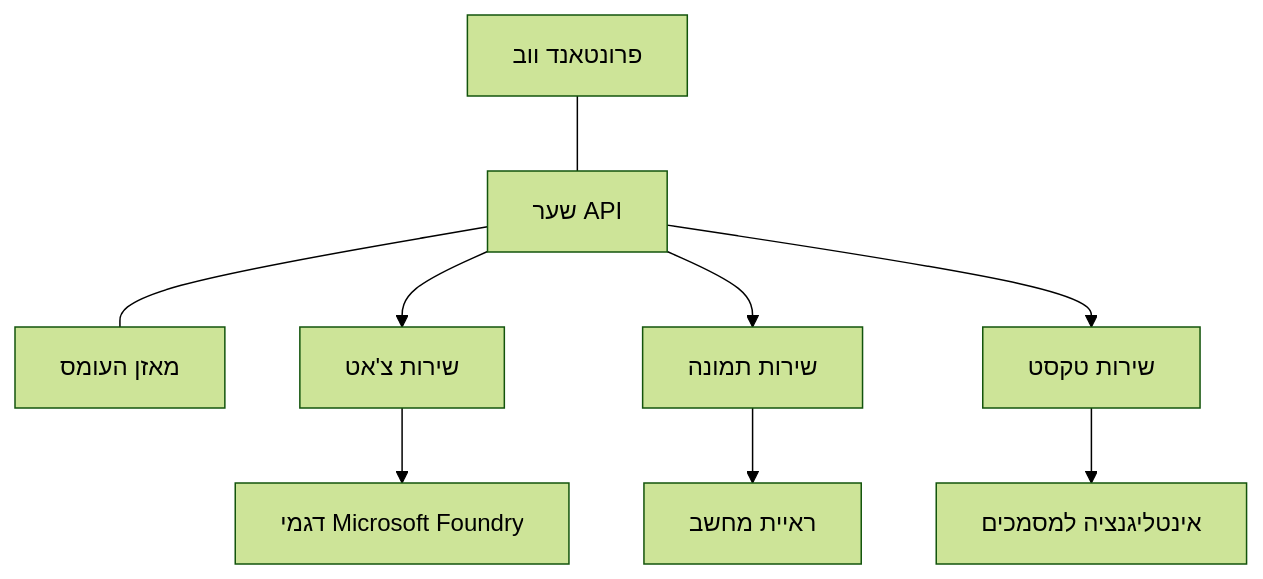
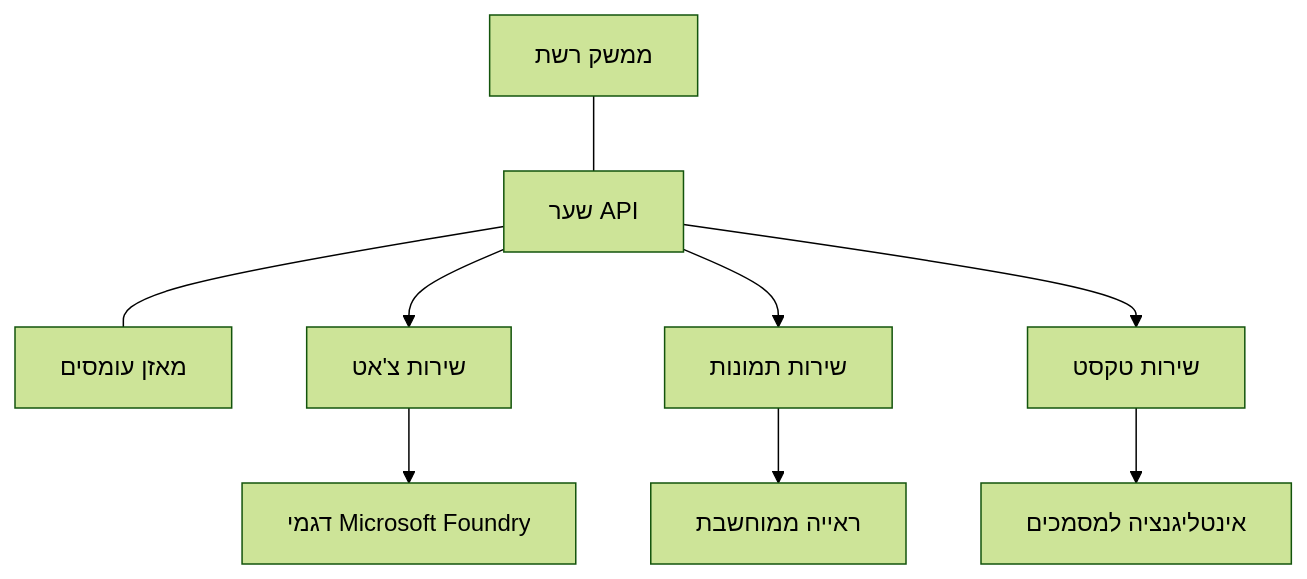
The diagram in translations/he/docs/chapter-08-production/production-ai-practices.md (microsoft/AZD-for-beginners), drawn with Mermaid (forest theme) before and after one commit. The commit also changed other lines of this file and 101 other files, not shown here.

````diff
--- a/translations/he/docs/chapter-08-production/production-ai-practices.md
+++ b/translations/he/docs/chapter-08-production/production-ai-practices.md
@@ -30,10 +30,10 @@
 ```mermaid
 graph TD
-    Frontend[פרונטאנד ווב] --- Gateway[שער API] --- LB[מאזן העומס]
+    Frontend[ממשק רשת] --- Gateway[שער API] --- LB[מאזן עומסים]
     Gateway --> Chat[שירות צ'אט]
-    Gateway --> Image[שירות תמונה]
+    Gateway --> Image[שירות תמונות]
     Gateway --> Text[שירות טקסט]
     Chat --> OpenAI[דגמי Microsoft Foundry]
-    Image --> Vision[ראיית מחשב]
+    Image --> Vision[ראייה ממוחשבת]
     Text --> DocIntel[אינטליגנציה למסמכים]
 ```
````
